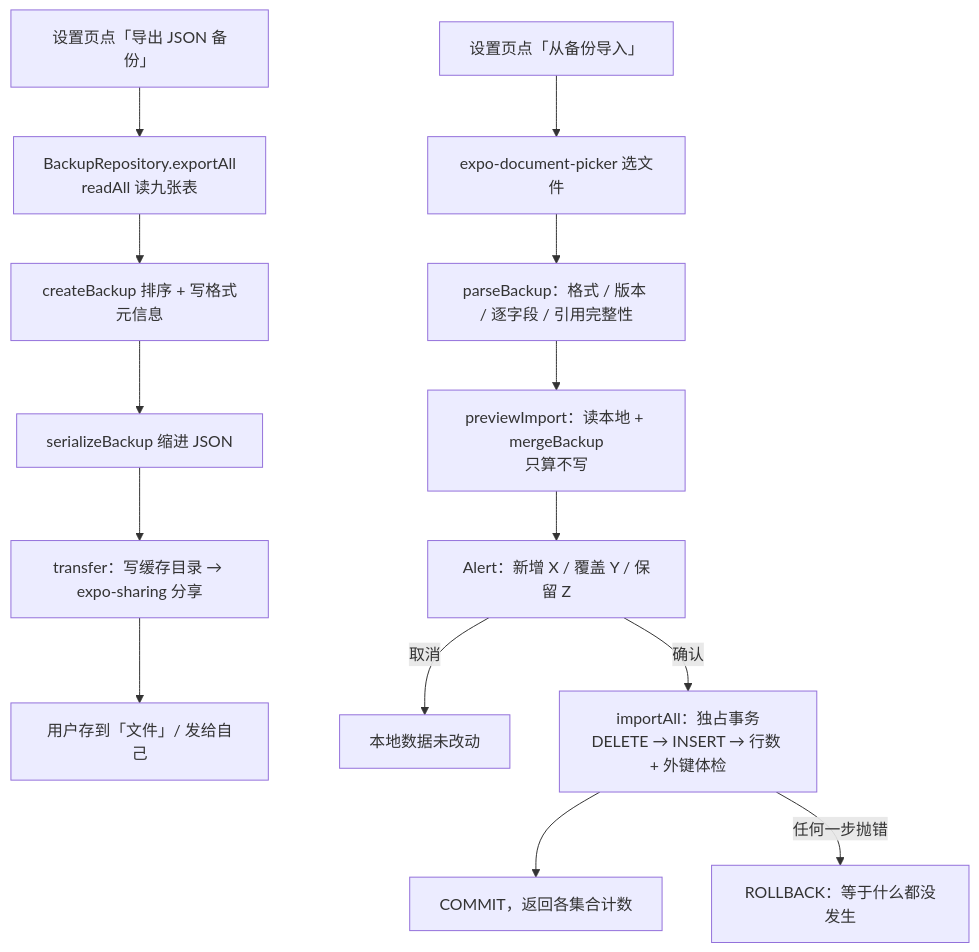
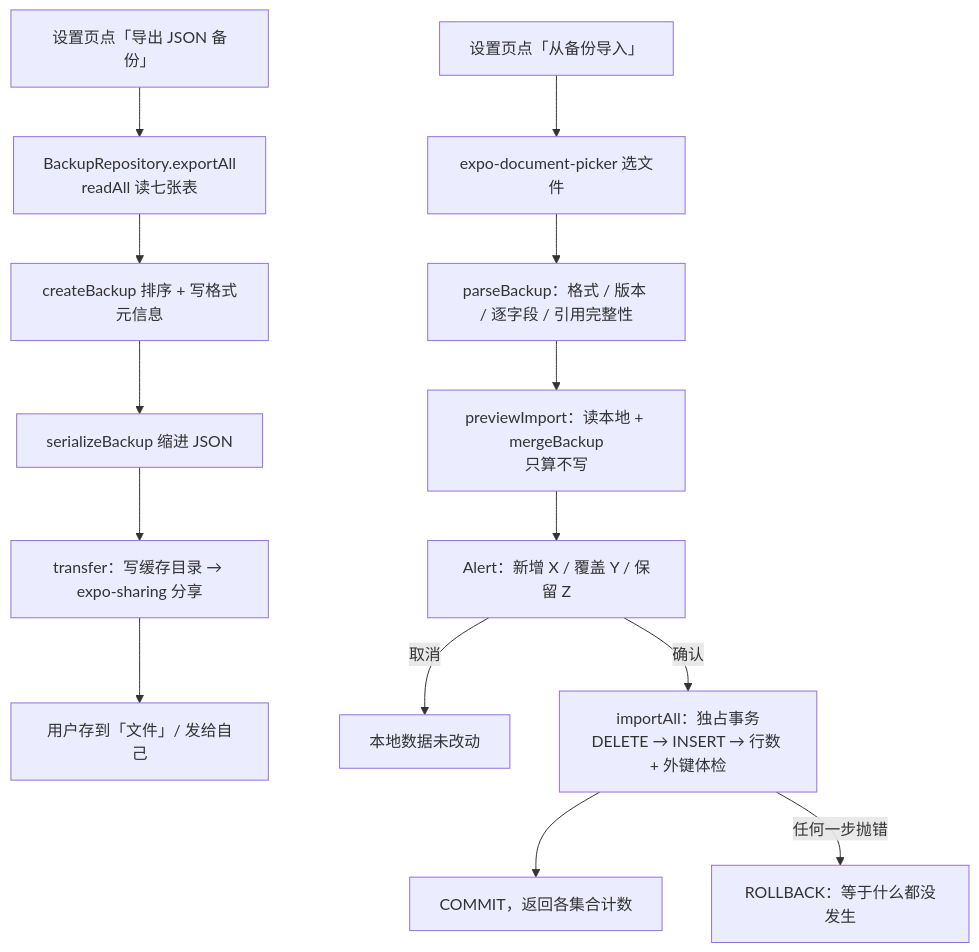
The diagram in docs/learning/14-backup-and-restore.md (QinSa-Dev/LifeTrack), drawn with Mermaid before and after one commit. The commit also changed other lines of this file and 6 other files, not shown here.

````diff
--- a/docs/learning/14-backup-and-restore.md
+++ b/docs/learning/14-backup-and-restore.md
@@ -439,17 +447,17 @@
 ```mermaid
 flowchart TD
-  A[设置页点「导出 JSON 备份」] --> B[BackupRepository.exportAll<br/>readAll 读九张表]
+  A[设置页点「导出 JSON 备份」] --> B[BackupRepository.exportAll<br/>readAll 读七张表]
   B --> C[createBackup 排序 + 写格式元信息]
   C --> D[serializeBackup 缩进 JSON]
   D --> E[transfer：写缓存目录 → expo-sharing 分享]
   E --> F[用户存到「文件」/ 发给自己]
 
   G[设置页点「从备份导入」] --> H[expo-document-picker 选文件]
   H --> I[parseBackup：格式 / 版本 / 逐字段 / 引用完整性]
   I --> J[previewImport：读本地 + mergeBackup<br/>只算不写]
   J --> K[Alert：新增 X / 覆盖 Y / 保留 Z]
   K -->|取消| L[本地数据未改动]
   K -->|确认| M[importAll：独占事务<br/>DELETE → INSERT → 行数 + 外键体检]
   M --> N[COMMIT，返回各集合计数]
   M -->|任何一步抛错| O[ROLLBACK：等于什么都没发生]
 ```
````
